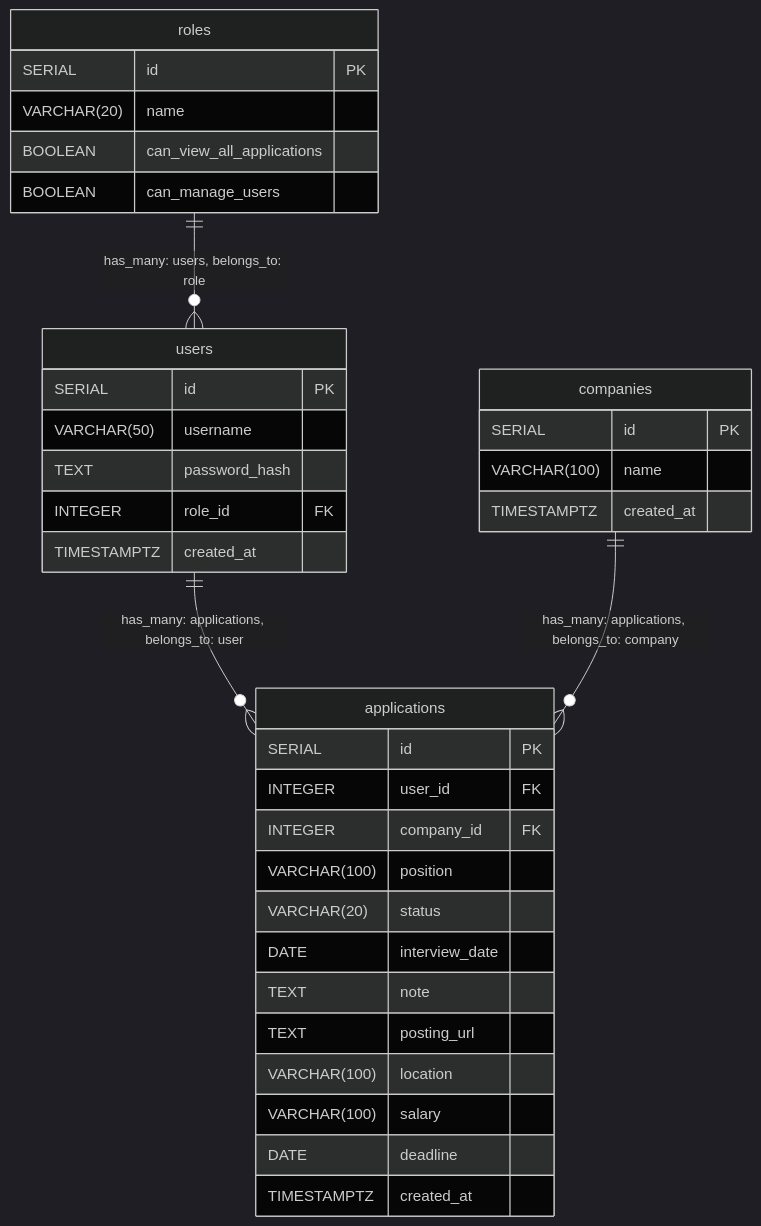
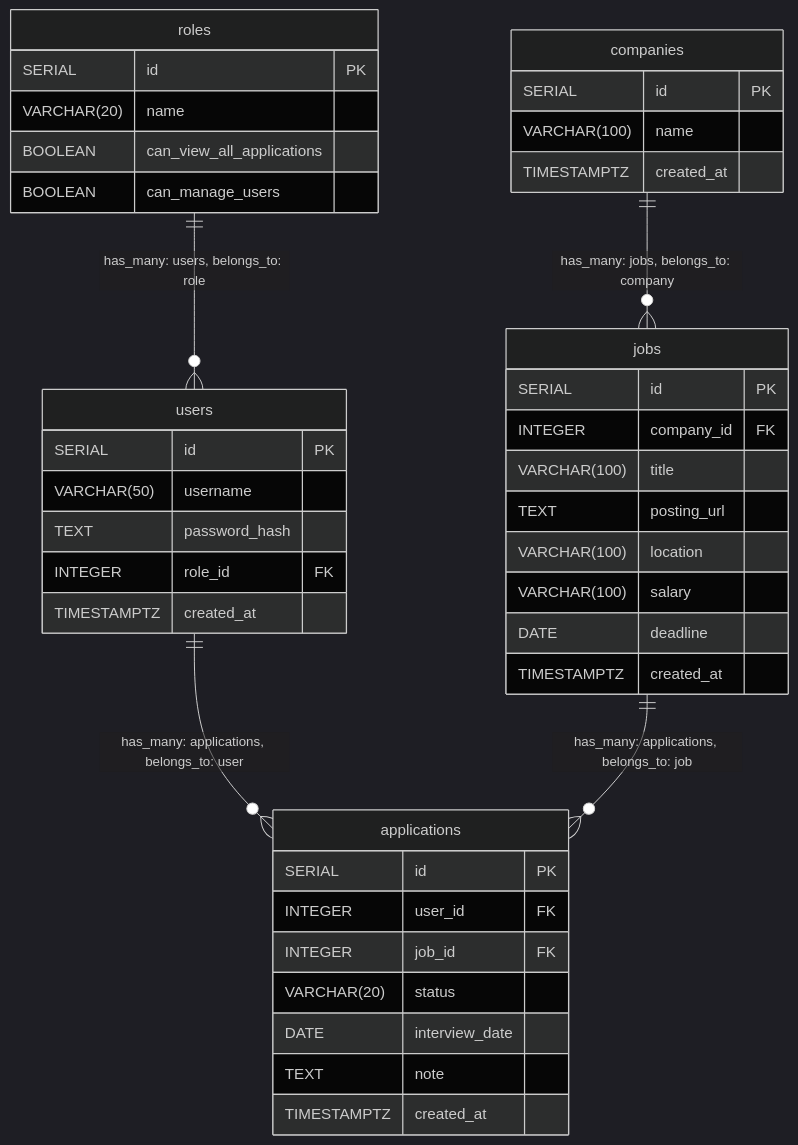
One commit to RW918/ERB_Group_Project changed the diagram in draft/erd.generated.mmd. Above: the diagram before and after it, drawn with Mermaid (dark theme). The commit also changed 18 other files, not shown here.

Commit message:
db: split jobs out of applications (m:n via applications), drop stale .js mirrors

```diff
--- a/draft/erd.generated.mmd
+++ b/draft/erd.generated.mmd
@@ -1,48 +1,57 @@
 erDiagram
     %% table name: roles
     %% table comment: 
     roles {
         SERIAL id PK ""
         VARCHAR(20) name  ""
         BOOLEAN can_view_all_applications  ""
         BOOLEAN can_manage_users  ""
     }
 
     %% table name: users
     %% table comment: 
     users {
         SERIAL id PK ""
         VARCHAR(50) username  ""
         TEXT password_hash  ""
         INTEGER role_id FK ""
         TIMESTAMPTZ created_at  ""
     }
 
     %% table name: companies
     %% table comment: 
     companies {
         SERIAL id PK ""
         VARCHAR(100) name  ""
         TIMESTAMPTZ created_at  ""
     }
 
-    %% table name: applications
+    %% table name: jobs
     %% table comment: 
-    applications {
+    jobs {
         SERIAL id PK ""
-        INTEGER user_id FK ""
         INTEGER company_id FK ""
-        VARCHAR(100) position  ""
-        VARCHAR(20) status  ""
-        DATE interview_date  ""
-        TEXT note  ""
+        VARCHAR(100) title  ""
         TEXT posting_url  ""
         VARCHAR(100) location  ""
         VARCHAR(100) salary  ""
         DATE deadline  ""
         TIMESTAMPTZ created_at  ""
     }
 
+    %% table name: applications
+    %% table comment: 
+    applications {
+        SERIAL id PK ""
+        INTEGER user_id FK ""
+        INTEGER job_id FK ""
+        VARCHAR(20) status  ""
+        DATE interview_date  ""
+        TEXT note  ""
+        TIMESTAMPTZ created_at  ""
+    }
+
     roles ||--o{ users : "has_many: users, belongs_to: role"
+    companies ||--o{ jobs : "has_many: jobs, belongs_to: company"
     users ||--o{ applications : "has_many: applications, belongs_to: user"
-    companies ||--o{ applications : "has_many: applications, belongs_to: company"
+    jobs ||--o{ applications : "has_many: applications, belongs_to: job"
```
